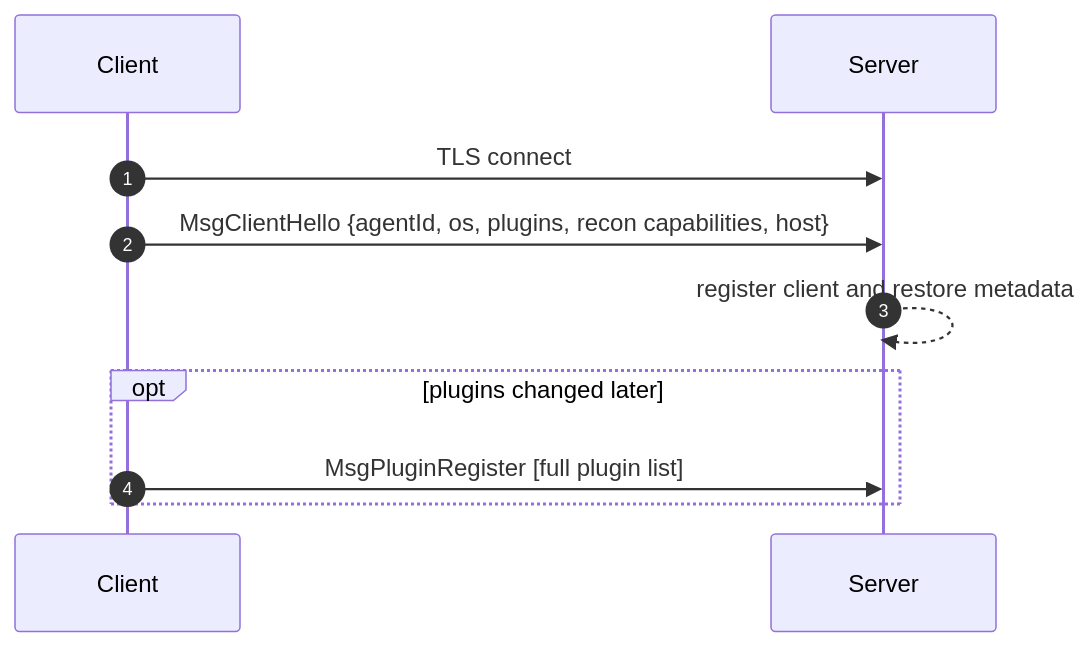
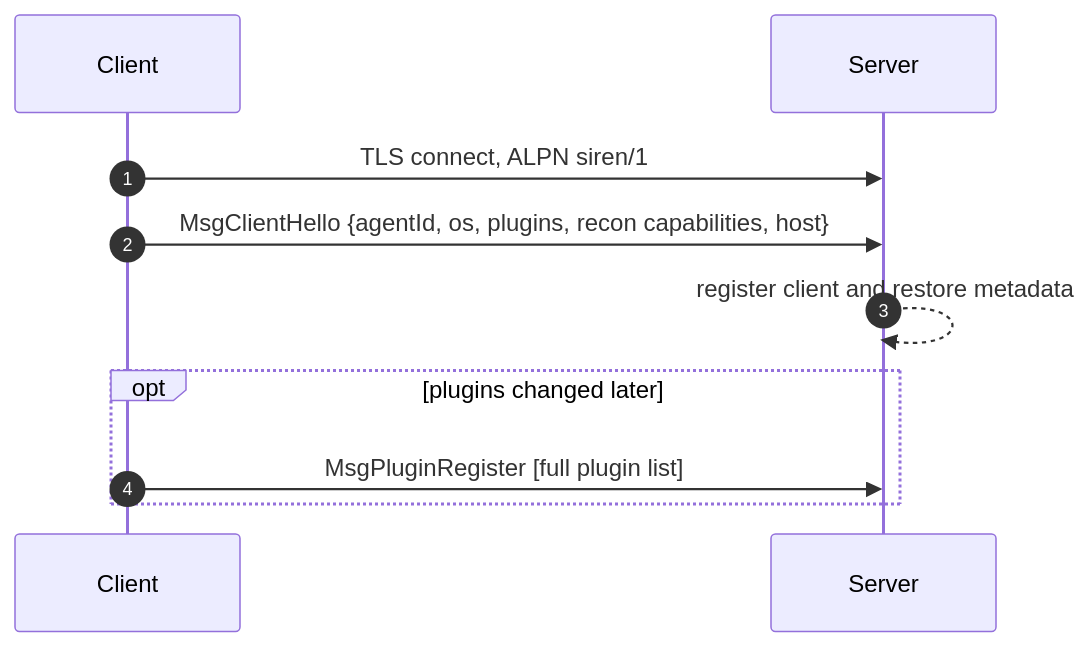
One commit to SignorMercurio/siren_docs changed the first of 6 diagrams in content/docs/(siren)/protocol.mdx. Above: the diagram before and after it, drawn with Mermaid. The commit also changed other lines of this file and 13 other files, not shown here.

````diff
--- a/content/docs/(siren)/protocol.mdx
+++ b/content/docs/(siren)/protocol.mdx
@@ -114,12 +103,12 @@
 ```mermaid
 sequenceDiagram
     autonumber
     participant C as Client
     participant S as Server
-    C->>S: TLS connect
+    C->>S: TLS connect, ALPN siren/1
     C->>S: MsgClientHello {agentId, os, plugins, recon capabilities, host}
     S-->>S: register client and restore metadata
     opt plugins changed later
         C->>S: MsgPluginRegister [full plugin list]
     end
 ```
````
